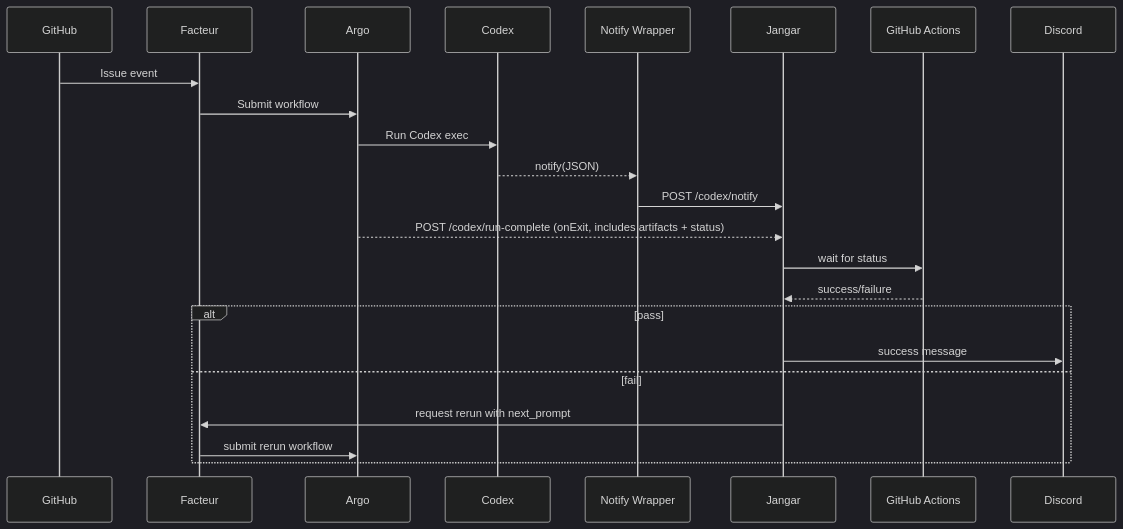
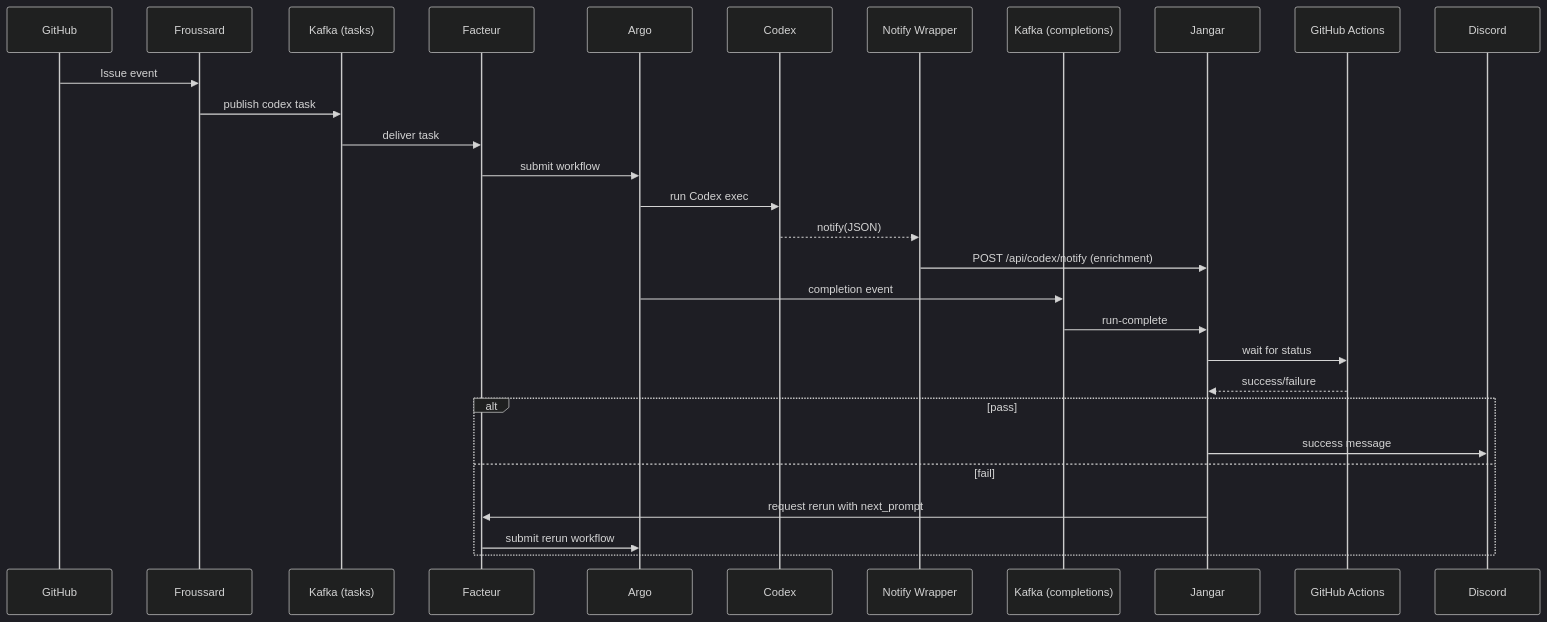
Before and after one commit to proompteng/lab: the second of 3 diagrams in docs/jangar/codex-judge-argo-design.md, drawn with Mermaid (dark theme). The commit also changed other lines of this file and 1 other file, not shown here.

Commit message:
docs(jangar): align judge design with argo/kafka wiring

````diff
--- a/docs/jangar/codex-judge-argo-design.md
+++ b/docs/jangar/codex-judge-argo-design.md
@@ -70,26 +90,32 @@
 ```mermaid
 sequenceDiagram
   participant GH as GitHub
+  participant FR as Froussard
+  participant KT as Kafka (tasks)
   participant F as Facteur
   participant A as Argo
   participant C as Codex
   participant W as Notify Wrapper
+  participant KC as Kafka (completions)
   participant J as Jangar
   participant CI as GitHub Actions
   participant D as Discord
 
-  GH->>F: Issue event
-  F->>A: Submit workflow
-  A->>C: Run Codex exec
+  GH->>FR: Issue event
+  FR->>KT: publish codex task
+  KT->>F: deliver task
+  F->>A: submit workflow
+  A->>C: run Codex exec
   C-->>W: notify(JSON)
-  W->>J: POST /codex/notify
-  A-->>J: POST /codex/run-complete (onExit, includes artifacts + status)
+  W->>J: POST /api/codex/notify (enrichment)
+  A->>KC: completion event
+  KC->>J: run-complete
   J->>CI: wait for status
   CI-->>J: success/failure
   alt pass
     J->>D: success message
   else fail
     J->>F: request rerun with next_prompt
     F->>A: submit rerun workflow
   end
 ```
````
